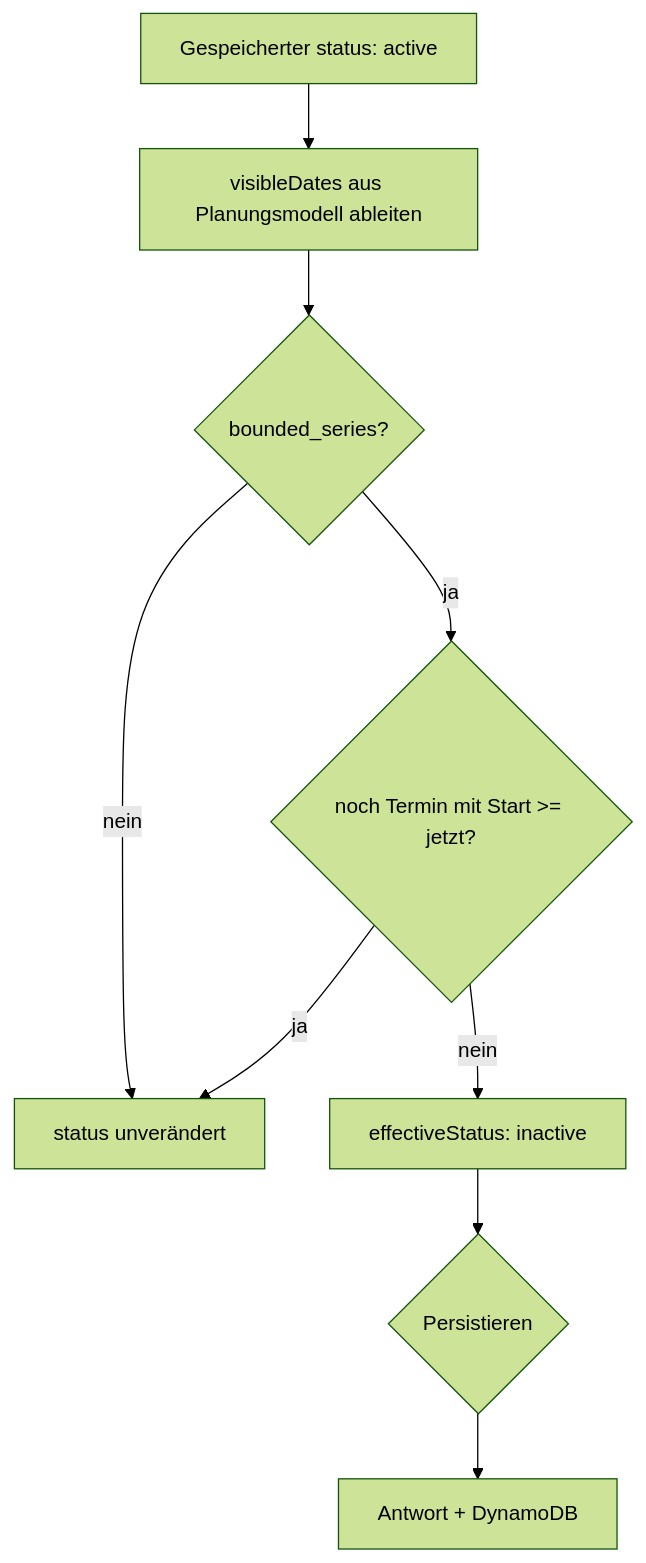
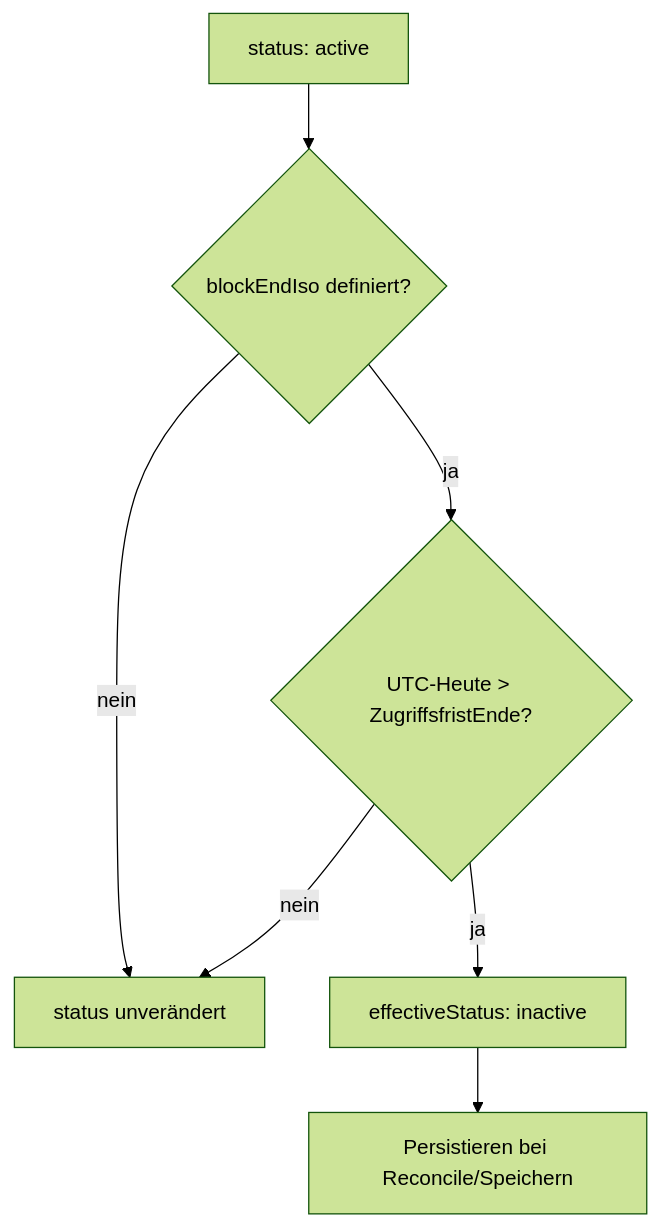
One commit to CurlyKarin/yogaswap changed the second of 3 diagrams in docs/course-status-visibility.md. Above: the diagram before and after it, drawn with Mermaid (forest theme). The commit also changed other lines of this file and 26 other files, not shown here.

````diff
--- a/docs/course-status-visibility.md
+++ b/docs/course-status-visibility.md
@@ -53,11 +84,9 @@
 ```mermaid
 flowchart TD
-  A[Gespeicherter status: active] --> B[visibleDates aus Planungsmodell ableiten]
-  B --> C{bounded_series?}
-  C -->|nein| Z[status unverändert]
-  C -->|ja| D{noch Termin mit Start >= jetzt?}
-  D -->|ja| Z
-  D -->|nein| E[effectiveStatus: inactive]
-  E --> F{Persistieren}
-  F --> G[Antwort + DynamoDB]
+  A[status: active] --> B{blockEndIso definiert?}
+  B -->|nein| Z[status unverändert]
+  B -->|ja| C{UTC-Heute > ZugriffsfristEnde?}
+  C -->|nein| Z
+  C -->|ja| E[effectiveStatus: inactive]
+  E --> F[Persistieren bei Reconcile/Speichern]
 ```
````
